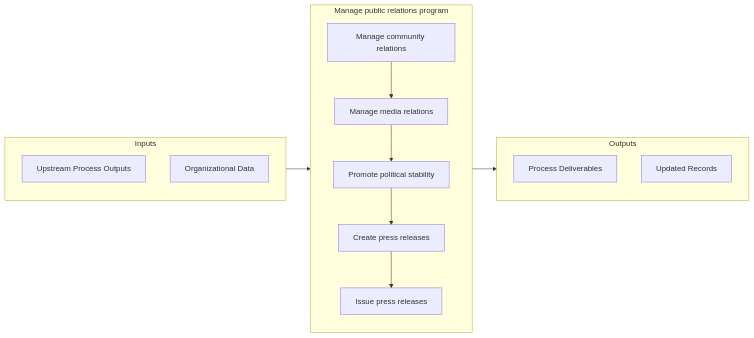
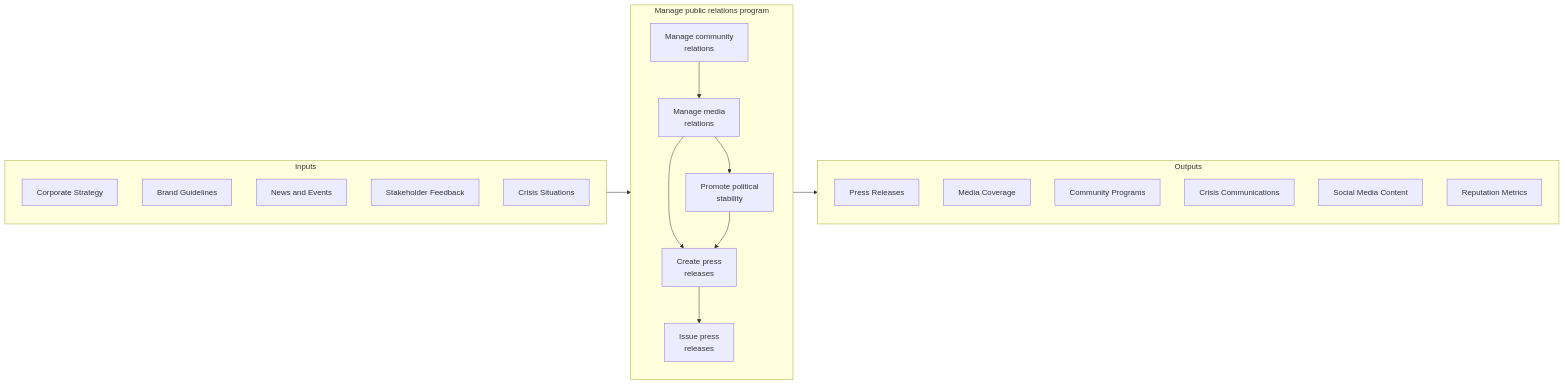
Before and after one commit to kziemski/business.org.ai: the second of 5 diagrams in processes/12-External/12.5-ManagePublicRelationsProgram/index.mdx, drawn with Mermaid. The commit also changed other lines of this file and 67 other files, not shown here.

````diff
--- a/processes/12-External/12.5-ManagePublicRelationsProgram/index.mdx
+++ b/processes/12-External/12.5-ManagePublicRelationsProgram/index.mdx
@@ -62,26 +81,35 @@
 ```mermaid
 flowchart LR
     subgraph Inputs["Inputs"]
-        I1["Upstream Process Outputs"]
-        I2["Organizational Data"]
+        I1["Corporate Strategy"]
+        I2["Brand Guidelines"]
+        I3["News and Events"]
+        I4["Stakeholder Feedback"]
+        I5["Crisis Situations"]
     end
 
     subgraph Process["Manage public relations program"]
-        S1["Manage community relations"]
-        S2["Manage media relations"]
-        S3["Promote political stability"]
-        S4["Create press releases"]
-        S5["Issue press releases"]
+        S1["Manage community<br/>relations"]
+        S2["Manage media<br/>relations"]
+        S3["Promote political<br/>stability"]
+        S4["Create press<br/>releases"]
+        S5["Issue press<br/>releases"]
+
+        S1 --> S2
+        S2 --> S3
+        S2 --> S4
+        S3 --> S4
+        S4 --> S5
     end
 
     subgraph Outputs["Outputs"]
-        O1["Process Deliverables"]
-        O2["Updated Records"]
+        O1["Press Releases"]
+        O2["Media Coverage"]
+        O3["Community Programs"]
+        O4["Crisis Communications"]
+        O5["Social Media Content"]
+        O6["Reputation Metrics"]
     end
 
     Inputs --> Process --> Outputs
-    S1 --> S2
-    S2 --> S3
-    S3 --> S4
-    S4 --> S5
 ```
````
